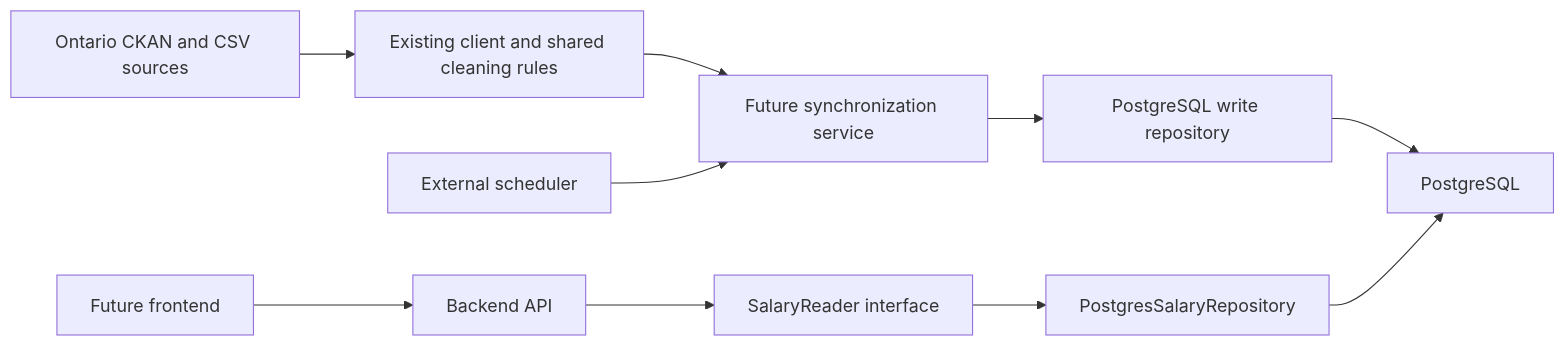
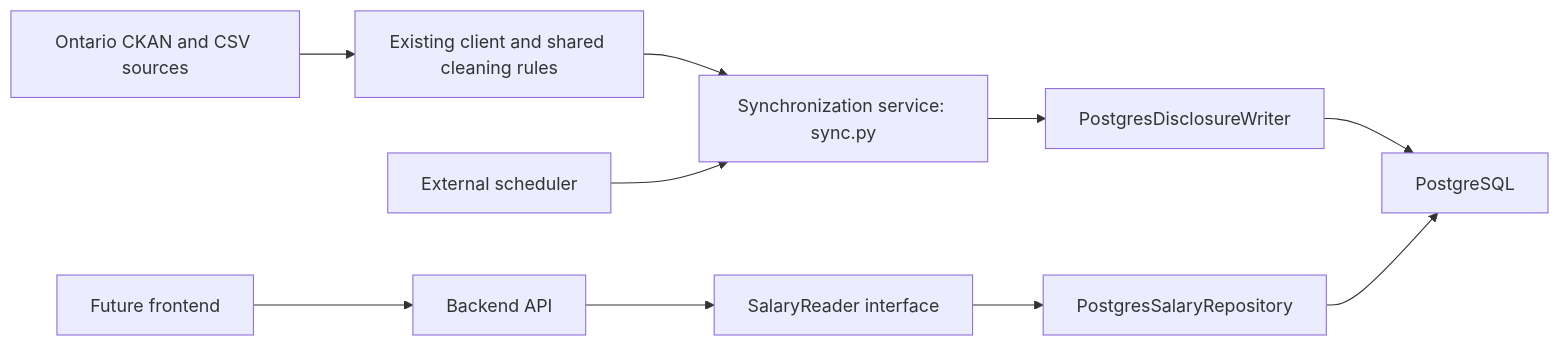
Before and after one commit to alexbilat/Sunshine-List-Scraper: the first of 2 diagrams in learning/04-postgresql-architecture.md, drawn with Mermaid. The commit also changed other lines of this file and 4 other files, not shown here.

````diff
--- a/learning/04-postgresql-architecture.md
+++ b/learning/04-postgresql-architecture.md
@@ -16,12 +25,12 @@
 ```mermaid
 flowchart LR
     A[Ontario CKAN and CSV sources] --> B[Existing client and shared cleaning rules]
-    B --> C[Future synchronization service]
-    C --> D[PostgreSQL write repository]
+    B --> C[Synchronization service: sync.py]
+    C --> D[PostgresDisclosureWriter]
     D --> E[PostgreSQL]
     F[Future frontend] --> G[Backend API]
     G --> H[SalaryReader interface]
     H --> I[PostgresSalaryRepository]
     I --> E
     J[External scheduler] --> C
 ```
````
